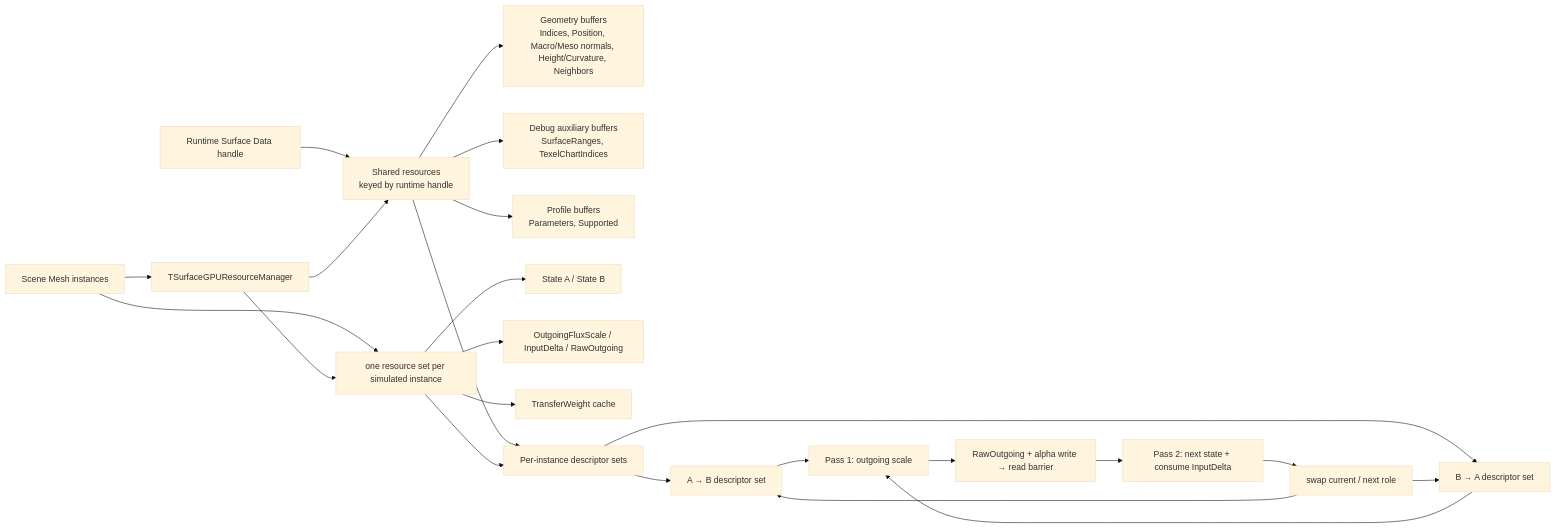
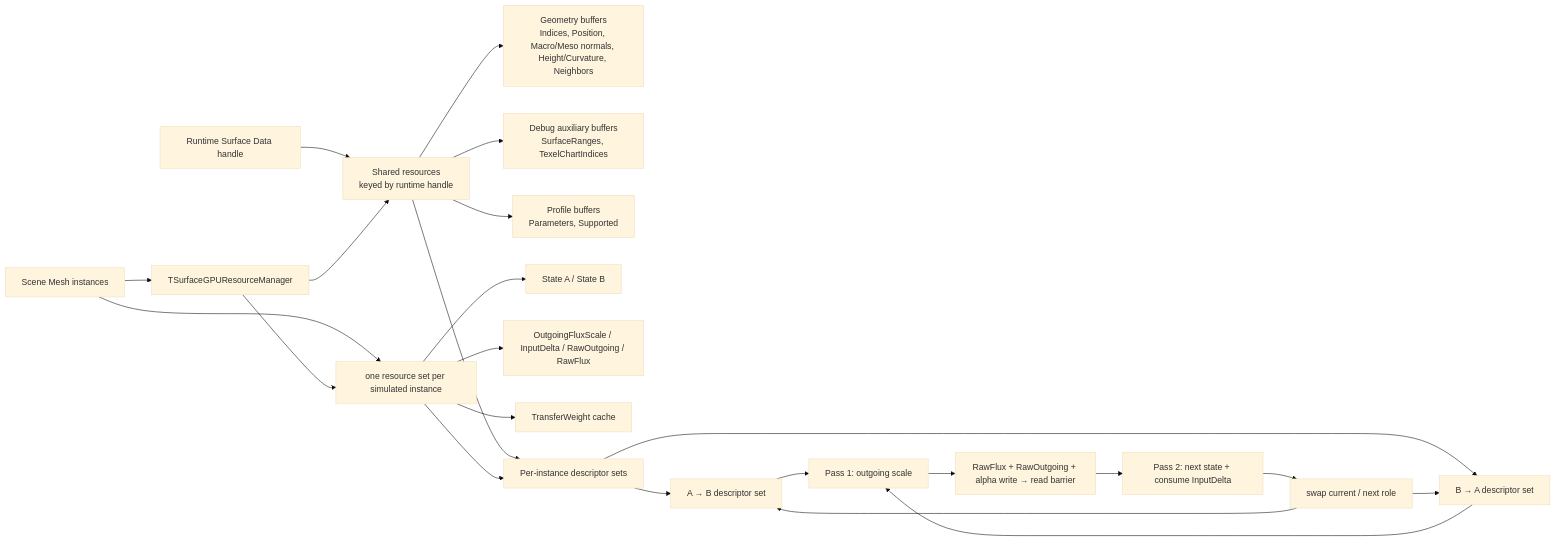
Before and after one commit to Yonaim/Material-Dependent-Surface-State-Engine: the first of 2 diagrams in Docs/MDSSP-Vault/04_Architecture/0008_Surface-GPU-Data-Layout.md, drawn with Mermaid (base theme). The commit also changed other lines of this file and 10 other files, not shown here.

````diff
--- a/Docs/MDSSP-Vault/04_Architecture/0008_Surface-GPU-Data-Layout.md
+++ b/Docs/MDSSP-Vault/04_Architecture/0008_Surface-GPU-Data-Layout.md
@@ -13,25 +13,25 @@
 ```mermaid
 flowchart LR
   Scene["Scene Mesh instances"] --> Manager["TSurfaceGPUResourceManager"]
   RuntimeHandle["Runtime Surface Data handle"] --> SharedResources
   Manager --> SharedResources["Shared resources\nkeyed by runtime handle"]
   SharedResources --> Geometry["Geometry buffers\nIndices, Position, Macro/Meso normals, Height/Curvature, Neighbors"]
   SharedResources --> DebugAux["Debug auxiliary buffers\nSurfaceRanges, TexelChartIndices"]
   SharedResources --> Profile["Profile buffers\nParameters, Supported"]
   Scene --> PerInstance["one resource set per simulated instance"]
   Manager --> PerInstance
   PerInstance --> State["State A / State B"]
-  PerInstance --> Temp["OutgoingFluxScale / InputDelta / RawOutgoing"]
+  PerInstance --> Temp["OutgoingFluxScale / InputDelta / RawOutgoing / RawFlux"]
   PerInstance --> Cache["TransferWeight cache"]
   SharedResources --> Descriptor["Per-instance descriptor sets"]
   PerInstance --> Descriptor
   Descriptor --> AB["A → B descriptor set"]
   Descriptor --> BA["B → A descriptor set"]
   AB --> Pass1["Pass 1: outgoing scale"]
   BA --> Pass1
-  Pass1 --> Barrier["RawOutgoing + alpha write → read barrier"]
+  Pass1 --> Barrier["RawFlux + RawOutgoing + alpha write → read barrier"]
   Barrier --> Pass2["Pass 2: next state + consume InputDelta"]
   Pass2 --> Swap["swap current / next role"]
   Swap --> AB
   Swap --> BA
 ```
````
